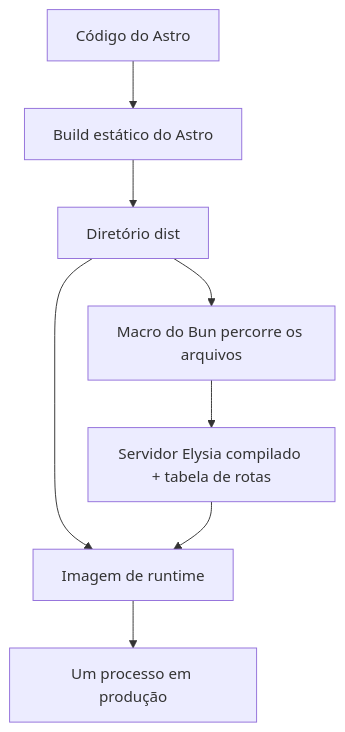
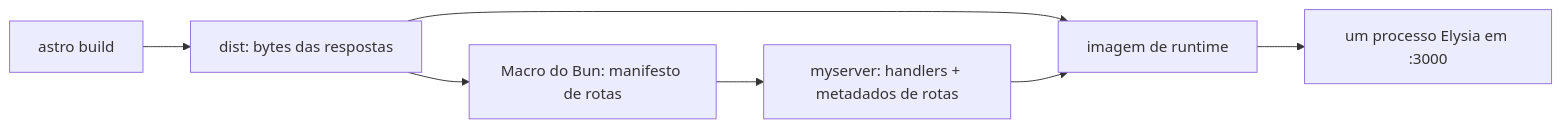
The first of 2 diagrams in web/content/blog/shipping-astro-from-a-bun-server.pt-BR.mdx (ErickCReis/ErickCReis), drawn with Mermaid before and after one commit. The commit also changed other lines of this file and 33 other files, not shown here.

````diff
--- a/web/content/blog/shipping-astro-from-a-bun-server.pt-BR.mdx
+++ b/web/content/blog/shipping-astro-from-a-bun-server.pt-BR.mdx
@@ -16,10 +10,9 @@
 ```mermaid center
-flowchart TB
-  Source["Código do Astro"] --> Astro["Build estático do Astro"]
-  Astro --> Dist["Diretório dist"]
-  Dist --> Macro["Macro do Bun percorre os arquivos"]
-  Macro --> Binary["Servidor Elysia compilado + tabela de rotas"]
-  Dist --> Image["Imagem de runtime"]
+flowchart LR
+  Astro["astro build"] --> Dist["dist: bytes das respostas"]
+  Dist --> Macro["Macro do Bun: manifesto de rotas"]
+  Macro --> Binary["myserver: handlers + metadados de rotas"]
+  Dist --> Image["imagem de runtime"]
   Binary --> Image
-  Image --> Process["Um processo em produção"]
+  Image --> Elysia["um processo Elysia em :3000"]
 ```
````
